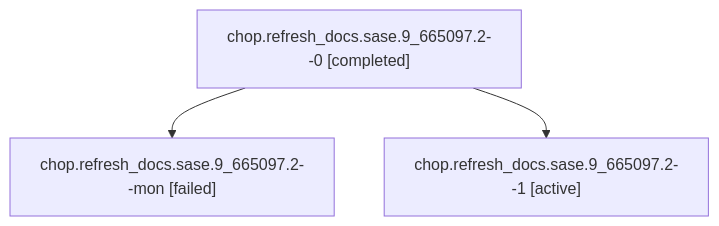
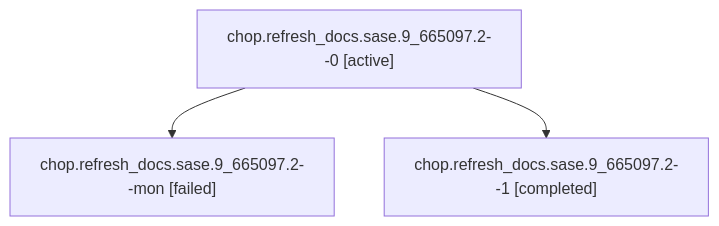
The diagram in families/bbugyi200.athena.chop.refresh_docs.sase.9_665097.2.md (sase-org/sase--agents), drawn with Mermaid before and after one commit. The commit also changed other lines of this file and 243 other files, not shown here.

````diff
--- a/families/bbugyi200.athena.chop.refresh_docs.sase.9_665097.2.md
+++ b/families/bbugyi200.athena.chop.refresh_docs.sase.9_665097.2.md
@@ -9,8 +9,8 @@
 ```mermaid
 flowchart TD
-  n0["chop.refresh_docs.sase.9_665097.2--0 [completed]"]
+  n0["chop.refresh_docs.sase.9_665097.2--0 [active]"]
   n1["chop.refresh_docs.sase.9_665097.2--mon [failed]"]
   n0 --> n1
-  n2["chop.refresh_docs.sase.9_665097.2--1 [active]"]
+  n2["chop.refresh_docs.sase.9_665097.2--1 [completed]"]
   n0 --> n2
 ```
````
